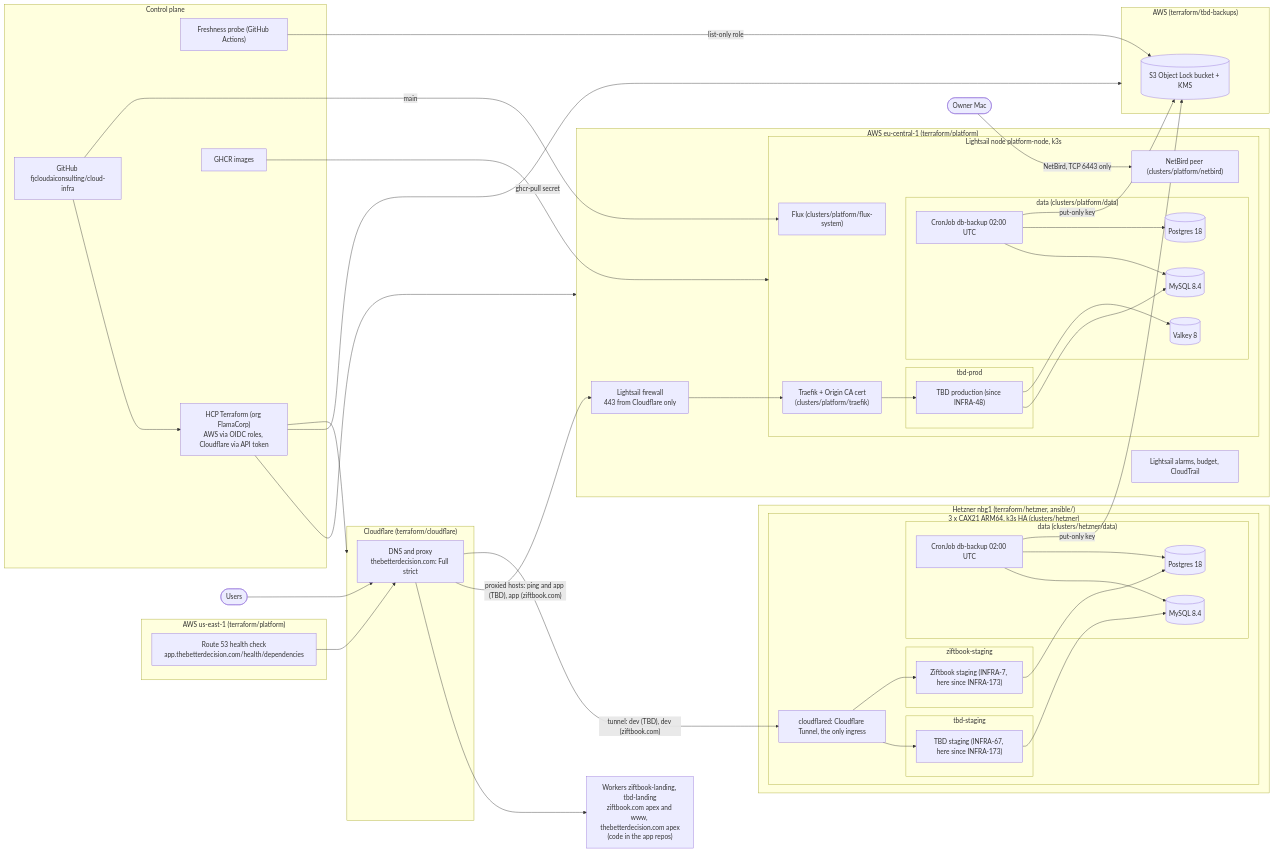
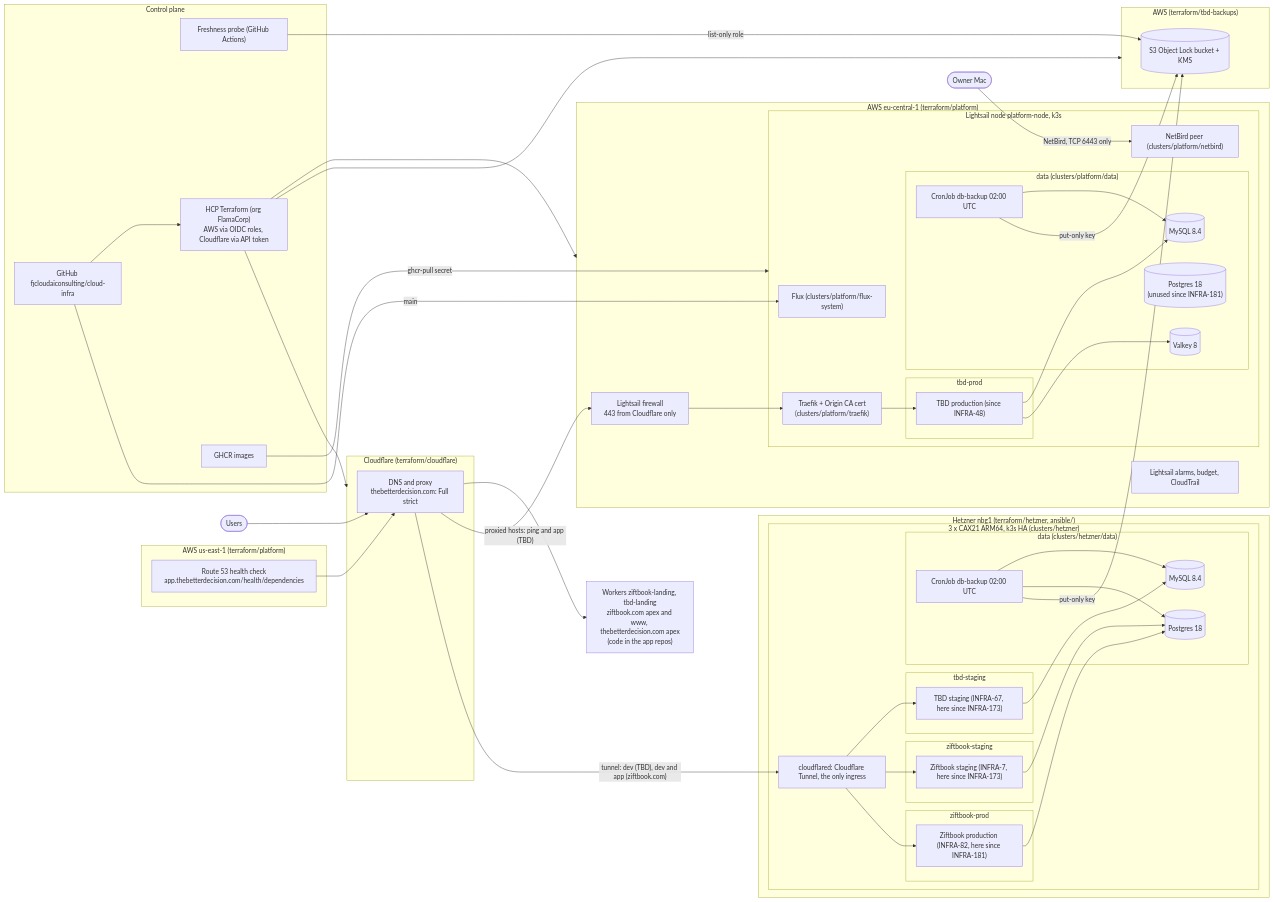
The diagram in docs/architecture.md (fjcloudaiconsulting/aws-infra), drawn with Mermaid before and after one commit. The commit also changed other lines of this file and 21 other files, not shown here.

````diff
--- a/docs/architecture.md
+++ b/docs/architecture.md
@@ -7,76 +7,79 @@
 ```mermaid
 flowchart LR
   user([Users]) --> cf
 
   subgraph cloudflare["Cloudflare (terraform/cloudflare)"]
     cf["DNS and proxy<br/>thebetterdecision.com: Full strict"]
   end
   worker["Workers ziftbook-landing, tbd-landing<br/>ziftbook.com apex and www, thebetterdecision.com apex<br/>(code in the app repos)"]
   cf --> worker
 
   subgraph aws_platform["AWS eu-central-1 (terraform/platform)"]
     fw["Lightsail firewall<br/>443 from Cloudflare only"]
     subgraph node["Lightsail node platform-node, k3s"]
       traefik["Traefik + Origin CA cert<br/>(clusters/platform/traefik)"]
       subgraph ns_tbd["tbd-prod"]
         tbdapp["TBD production (since INFRA-48)"]
       end
       subgraph ns_data["data (clusters/platform/data)"]
         mysql[("MySQL 8.4")]
-        postgres[("Postgres 18")]
+        postgres[("Postgres 18<br/>(unused since INFRA-181)")]
         valkey[("Valkey 8")]
         backup["CronJob db-backup 02:00 UTC"]
       end
       flux["Flux (clusters/platform/flux-system)"]
       netbird["NetBird peer (clusters/platform/netbird)"]
     end
     alarms["Lightsail alarms, budget, CloudTrail"]
   end
-  cf -->|"proxied hosts: ping and app (TBD), app (ziftbook.com)"| fw --> traefik
+  cf -->|"proxied hosts: ping and app (TBD)"| fw --> traefik
   traefik --> tbdapp
   tbdapp --> mysql & valkey
-  backup --> mysql & postgres
+  backup --> mysql
 
   subgraph hetzner["Hetzner nbg1 (terraform/hetzner, ansible/)"]
     subgraph hk3s["3 x CAX21 ARM64, k3s HA (clusters/hetzner)"]
       cfd["cloudflared: Cloudflare Tunnel, the only ingress"]
       subgraph ns_tbds["tbd-staging"]
         tbdstg["TBD staging (INFRA-67, here since INFRA-173)"]
       end
       subgraph ns_zif["ziftbook-staging"]
         zifapp["Ziftbook staging (INFRA-7, here since INFRA-173)"]
       end
+      subgraph ns_zifp["ziftbook-prod"]
+        zifprod["Ziftbook production (INFRA-82, here since INFRA-181)"]
+      end
       subgraph hdata["data (clusters/hetzner/data)"]
         hmysql[("MySQL 8.4")]
         hpostgres[("Postgres 18")]
         hbackup["CronJob db-backup 02:00 UTC"]
       end
     end
   end
-  cf -->|"tunnel: dev (TBD), dev (ziftbook.com)"| cfd --> tbdstg & zifapp
+  cf -->|"tunnel: dev (TBD), dev and app (ziftbook.com)"| cfd --> tbdstg & zifapp & zifprod
   tbdstg --> hmysql
-  zifapp --> hpostgres
+  zifapp & zifprod --> hpostgres
   hbackup --> hmysql & hpostgres
 
   subgraph aws_backups["AWS (terraform/tbd-backups)"]
     bucket[("S3 Object Lock bucket + KMS")]
   end
   backup & hbackup -->|"put-only key"| bucket
   probe -->|"list-only role"| bucket
 
   subgraph useast["AWS us-east-1 (terraform/platform)"]
     hc["Route 53 health check<br/>app.thebetterdecision.com/health/dependencies"]
   end
   hc --> cf
 
   subgraph control["Control plane"]
     gh["GitHub fjcloudaiconsulting/cloud-infra"]
     tfc["HCP Terraform (org FlamaCorp)<br/>AWS via OIDC roles, Cloudflare via API token"]
     ghcr["GHCR images"]
     probe["Freshness probe (GitHub Actions)"]
   end
   gh --> tfc --> aws_platform & aws_backups & cloudflare
   gh -->|"main"| flux
   ghcr -->|"ghcr-pull secret"| node
   owner([Owner Mac]) -->|"NetBird, TCP 6443 only"| netbird
 ```
````
